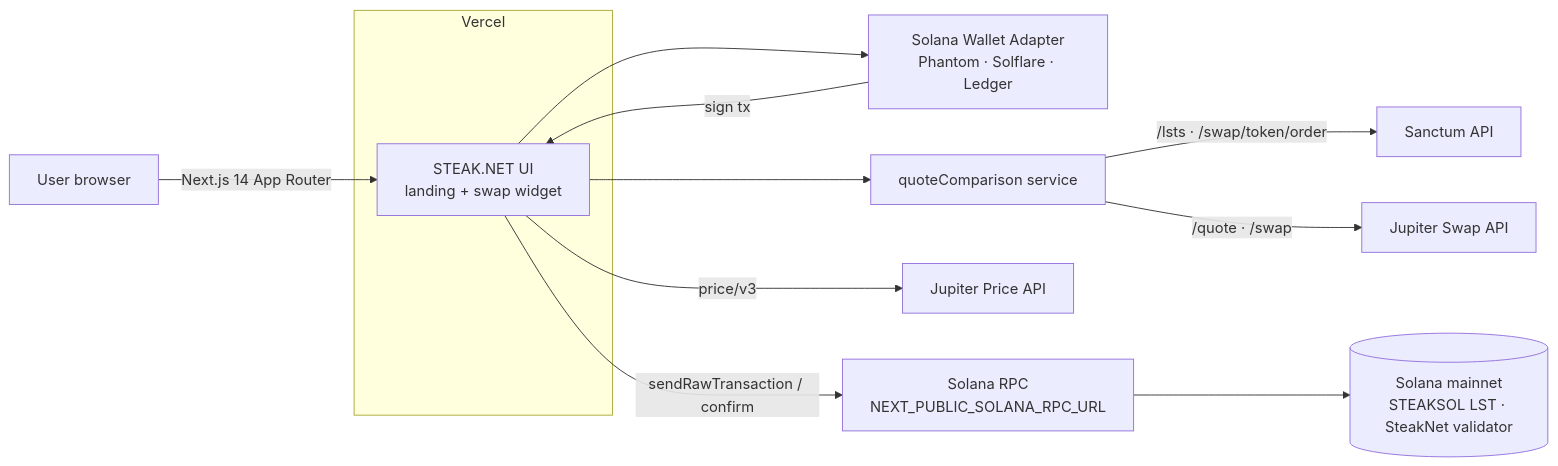
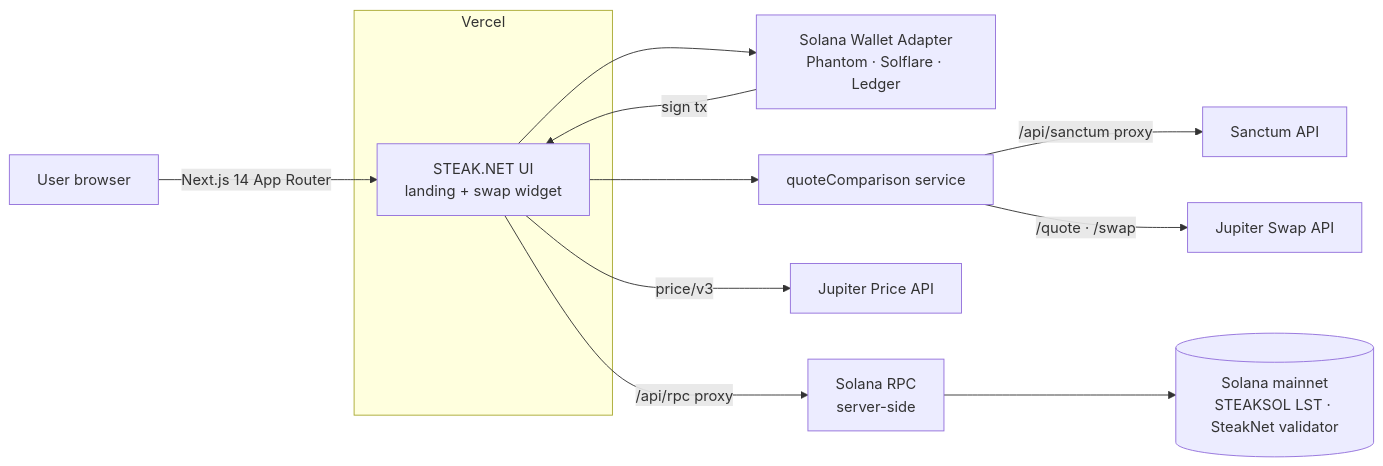
The first of 2 diagrams in README.md (kevan1/steak-net), drawn with Mermaid before and after one commit. The commit also changed other lines of this file and 9 other files, not shown here.

````diff
--- a/README.md
+++ b/README.md
@@ -28,15 +28,15 @@
 ```mermaid
 flowchart LR
   U[User browser] -->|Next.js 14 App Router| UI[STEAK.NET UI<br/>landing + swap widget]
   UI --> WA[Solana Wallet Adapter<br/>Phantom · Solflare · Ledger]
   UI --> QC[quoteComparison service]
-  QC -->|/lsts · /swap/token/order| SAN[Sanctum API]
+  QC -->|/api/sanctum proxy| SAN[Sanctum API]
   QC -->|/quote · /swap| JUP[Jupiter Swap API]
   UI -->|price/v3| JPR[Jupiter Price API]
   WA -->|sign tx| UI
-  UI -->|sendRawTransaction / confirm| RPC[Solana RPC<br/>NEXT_PUBLIC_SOLANA_RPC_URL]
+  UI -->|/api/rpc proxy| RPC[Solana RPC<br/>server-side]
   RPC --> SOL[(Solana mainnet<br/>STEAKSOL LST · SteakNet validator)]
   subgraph Vercel
     UI
   end
 ```
````
